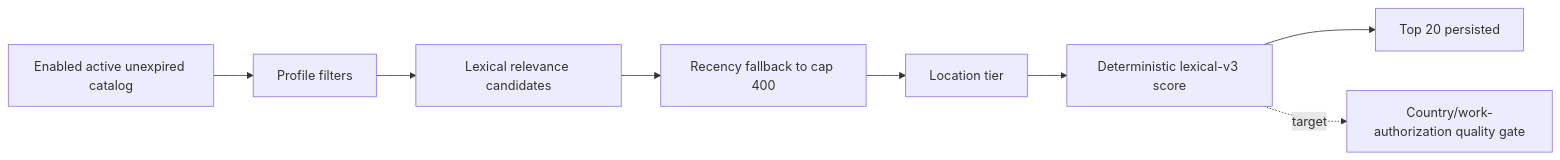
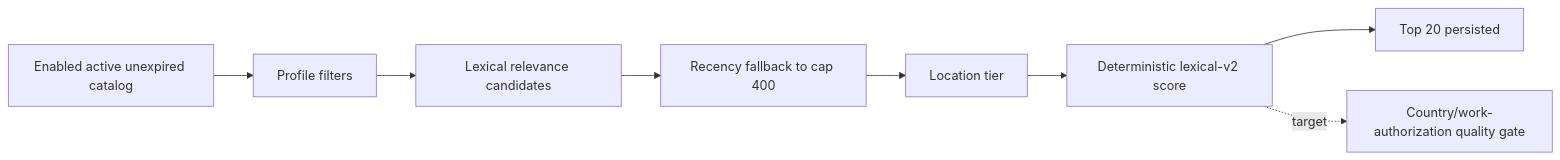
Before and after one commit to Jerin-johnson/Job_Scout_Backend: the diagram in docs/ai/diagrams/match-funnel.mmd, drawn with Mermaid. The commit also changed 13 other files, not shown here.

```diff
--- a/docs/ai/diagrams/match-funnel.mmd
+++ b/docs/ai/diagrams/match-funnel.mmd
@@ -1,11 +1,11 @@
 %% Last verified against a519e3673d2e02c2ab556d71296db57167544713 on 2026-10-16
 %% As built (verified in code): stages through score and top-20 persistence
 %% Target design (not built yet): stronger structured eligibility/occupation data
 flowchart LR
   A[Enabled active unexpired catalog] --> B[Profile filters]
   B --> C[Lexical relevance candidates]
   C --> D[Recency fallback to cap 400]
   D --> E[Location tier]
-  E --> F[Deterministic lexical-v3 score]
+  E --> F[Deterministic lexical-v2 score]
   F --> G[Top 20 persisted]
   F -. target .-> H[Country/work-authorization quality gate]
```
